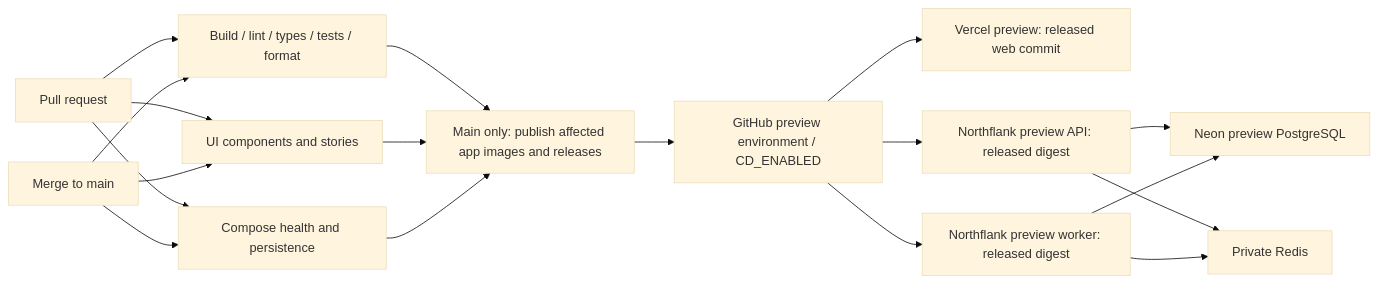
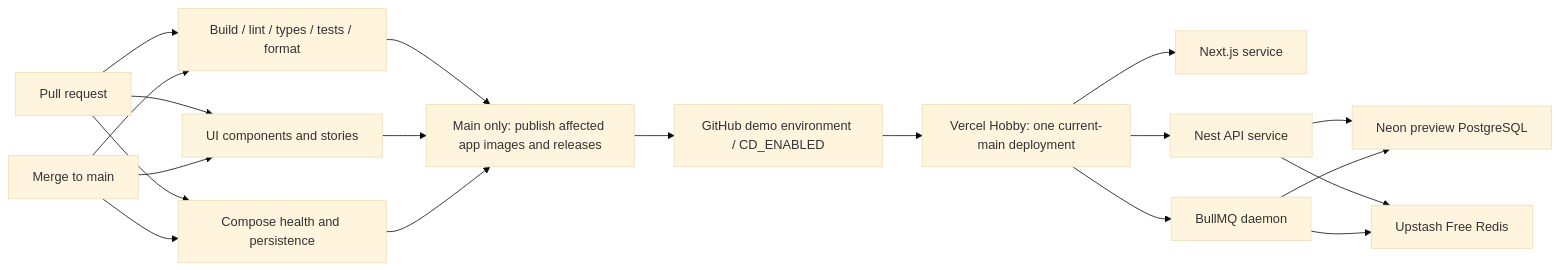
Before and after one commit to ashvir99260/flowboard: the diagram in docs/CI_CD.md, drawn with Mermaid (base theme). The commit also changed other lines of this file and 20 other files, not shown here.

Commit message:
ci: deploy the vercel services project

````diff
--- a/docs/CI_CD.md
+++ b/docs/CI_CD.md
@@ -5,20 +5,21 @@
 ```mermaid
 flowchart LR
   PR[Pull request] --> Checks[Build / lint / types / tests / format]
   PR --> UI[UI components and stories]
   PR --> Docker[Compose health and persistence]
   Main[Merge to main] --> Checks
   Main --> UI
   Main --> Docker
   Checks --> Publish[Main only: publish affected app images and releases]
   UI --> Publish
   Docker --> Publish
-  Publish --> Gate[GitHub preview environment / CD_ENABLED]
-  Gate --> Web[Vercel preview: released web commit]
-  Gate --> API[Northflank preview API: released digest]
-  Gate --> Worker[Northflank preview worker: released digest]
+  Publish --> Gate[GitHub demo environment / CD_ENABLED]
+  Gate --> Project[Vercel Hobby: one current-main deployment]
+  Project --> Web[Next.js service]
+  Project --> API[Nest API service]
+  Project --> Worker[BullMQ daemon]
   API --> Neon[Neon preview PostgreSQL]
-  API --> Redis[Private Redis]
+  API --> Redis[Upstash Free Redis]
   Worker --> Neon
   Worker --> Redis
 ```
````
